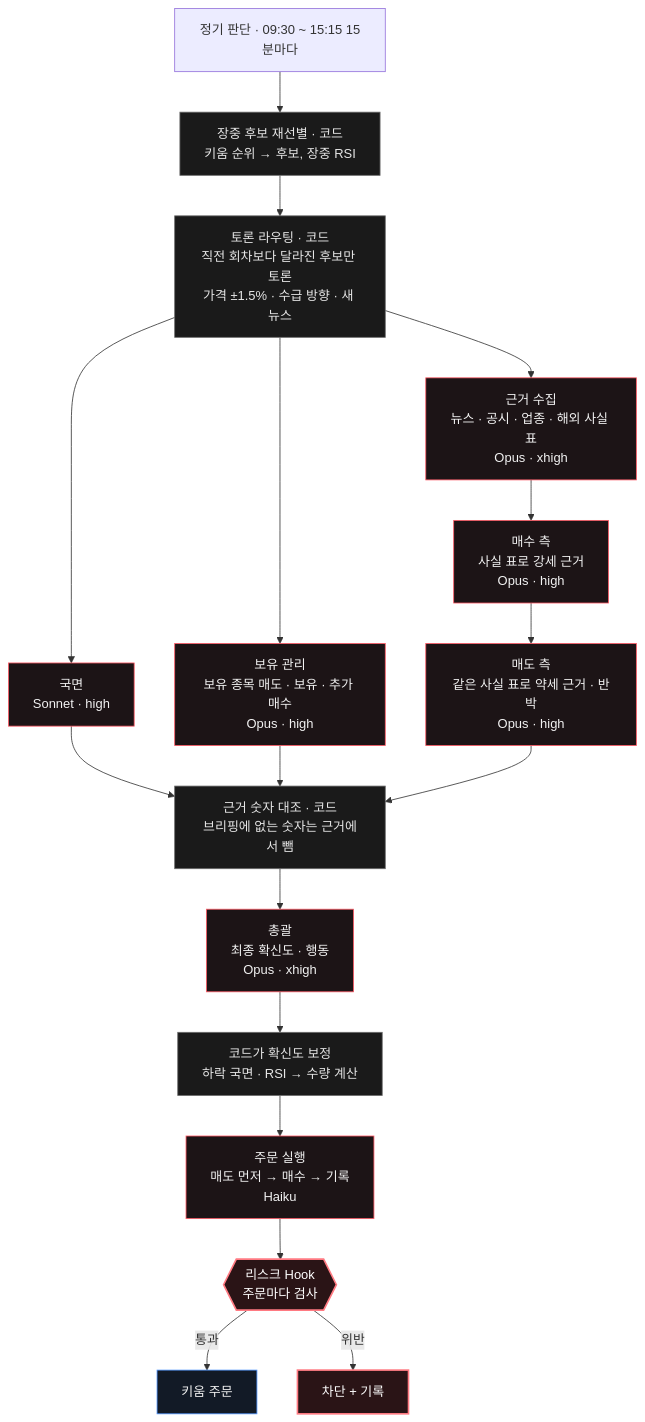
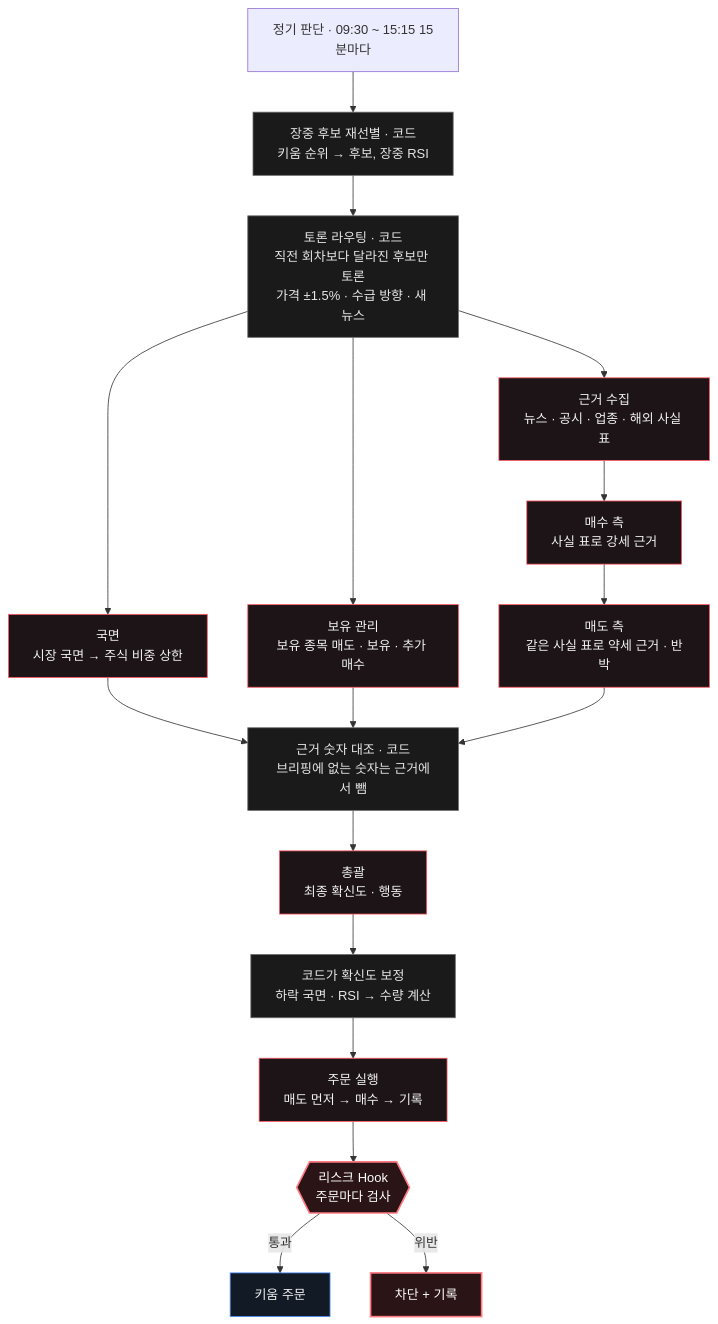
Before and after one commit to isopink/hynix-298f: the diagram in assets/diagrams/decision.ko.mmd, drawn with Mermaid. The commit also changed 9 other files, not shown here.

```diff
--- a/assets/diagrams/decision.ko.mmd
+++ b/assets/diagrams/decision.ko.mmd
@@ -1,25 +1,25 @@
 flowchart TB
     S["정기 판단 · 09:30 ~ 15:15 15분마다"] --> P["장중 후보 재선별 · 코드<br/>키움 순위 → 후보, 장중 RSI"]
     P --> RT["토론 라우팅 · 코드<br/>직전 회차보다 달라진 후보만 토론<br/>가격 ±1.5% · 수급 방향 · 새 뉴스"]
-    RT --> G["국면<br/>Sonnet · high"]
-    RT --> PO["보유 관리<br/>보유 종목 매도 · 보유 · 추가 매수<br/>Opus · high"]
-    RT --> RS["근거 수집<br/>뉴스 · 공시 · 업종 · 해외 사실 표<br/>Opus · xhigh"]
-    RS --> B["매수 측<br/>사실 표로 강세 근거<br/>Opus · high"]
-    B --> R["매도 측<br/>같은 사실 표로 약세 근거 · 반박<br/>Opus · high"]
+    RT --> G["국면<br/>시장 국면 → 주식 비중 상한"]
+    RT --> PO["보유 관리<br/>보유 종목 매도 · 보유 · 추가 매수"]
+    RT --> RS["근거 수집<br/>뉴스 · 공시 · 업종 · 해외 사실 표"]
+    RS --> B["매수 측<br/>사실 표로 강세 근거"]
+    B --> R["매도 측<br/>같은 사실 표로 약세 근거 · 반박"]
     G --> V
     PO --> V
     R --> V["근거 숫자 대조 · 코드<br/>브리핑에 없는 숫자는 근거에서 뺌"]
-    V --> L["총괄<br/>최종 확신도 · 행동<br/>Opus · xhigh"]
+    V --> L["총괄<br/>최종 확신도 · 행동"]
     L --> C["코드가 확신도 보정<br/>하락 국면 · RSI → 수량 계산"]
-    C --> E["주문 실행<br/>매도 먼저 → 매수 → 기록<br/>Haiku"]
+    C --> E["주문 실행<br/>매도 먼저 → 매수 → 기록"]
     E --> H{{"리스크 Hook<br/>주문마다 검사"}}
     H -- 통과 --> O["키움 주문"]
     H -- 위반 --> X["차단 + 기록"]
     classDef agent fill:#1c1416,stroke:#ff5a65,color:#f2f2f2
     classDef code fill:#1a1a1a,stroke:#6a6a6a,color:#e6e6e6
     classDef hook fill:#2a1416,stroke:#ff7a82,stroke-width:2px,color:#ffffff
     classDef ok fill:#121a26,stroke:#4e94ff,color:#f2f2f2
     class G,PO,RS,B,R,L,E agent
     class P,RT,V,C code
     class H,X hook
     class O ok
```
